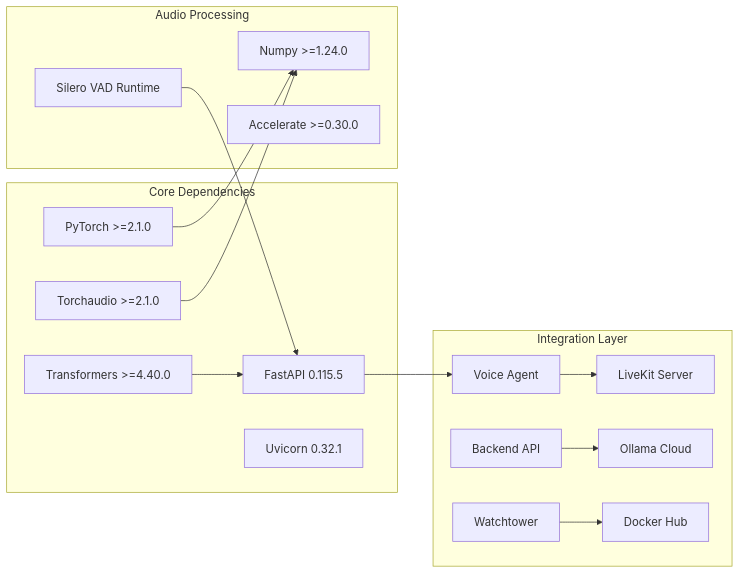
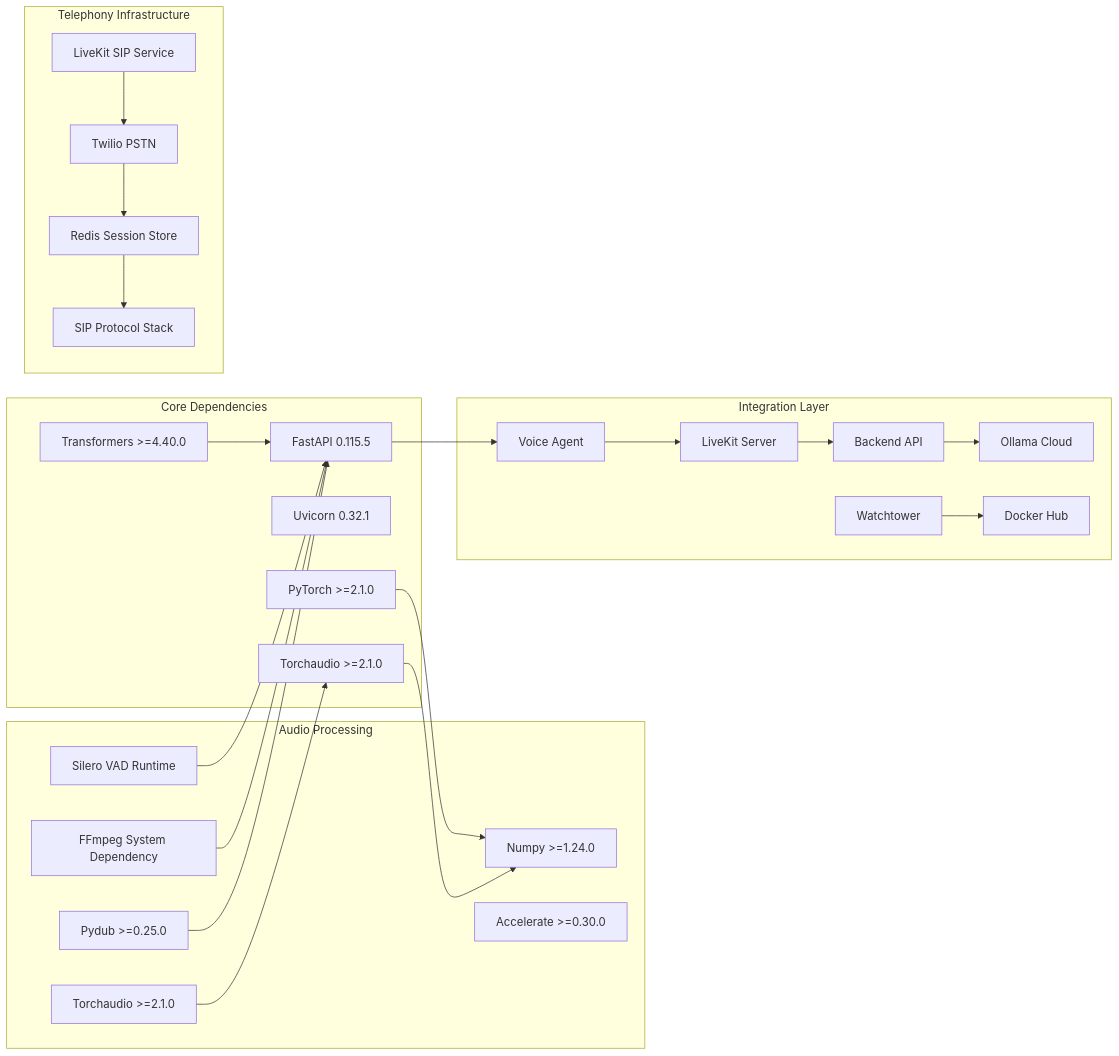
Before and after one commit to Revanththetalogics/aireume: diagram 12 of 12 in .qoder/repowiki/en/content/Deployment & DevOps/Speech Service Microservice.md, drawn with Mermaid. The commit also changed other lines of this file and 118 other files, not shown here.

First line of the commit message:
feat: implement AI Recruiter module - intelligent voice interview agent

````diff
--- a/.qoder/repowiki/en/content/Deployment & DevOps/Speech Service Microservice.md
+++ b/.qoder/repowiki/en/content/Deployment & DevOps/Speech Service Microservice.md
@@ -477,31 +574,47 @@
 ```mermaid
 graph LR
 subgraph "Core Dependencies"
 A[FastAPI 0.115.5]
 B[Uvicorn 0.32.1]
 C[PyTorch >=2.1.0]
 D[Torchaudio >=2.1.0]
 E[Transformers >=4.40.0]
 end
 subgraph "Audio Processing"
 F[Numpy >=1.24.0]
 G[Accelerate >=0.30.0]
 H[Silero VAD Runtime]
+I[FFmpeg System Dependency]
+J[Pydub >=0.25.0]
+K[Torchaudio >=2.1.0]
+end
+subgraph "Telephony Infrastructure"
+L[LiveKit SIP Service]
+M[Twilio PSTN]
+N[Redis Session Store]
+O[SIP Protocol Stack]
 end
 subgraph "Integration Layer"
-I[Voice Agent]
-J[LiveKit Server]
-K[Backend API]
-L[Ollama Cloud]
-M[Watchtower]
-N[Docker Hub]
+P[Voice Agent]
+Q[LiveKit Server]
+R[Backend API]
+S[Ollama Cloud]
+T[Watchtower]
+U[Docker Hub]
 end
-A --> I
+A --> P
 C --> F
 D --> F
 E --> A
 H --> A
-I --> J
-K --> L
+I --> A
+J --> A
+K --> D
+L --> M
 M --> N
+N --> O
+P --> Q
+Q --> R
+R --> S
+T --> U
 ```
````
